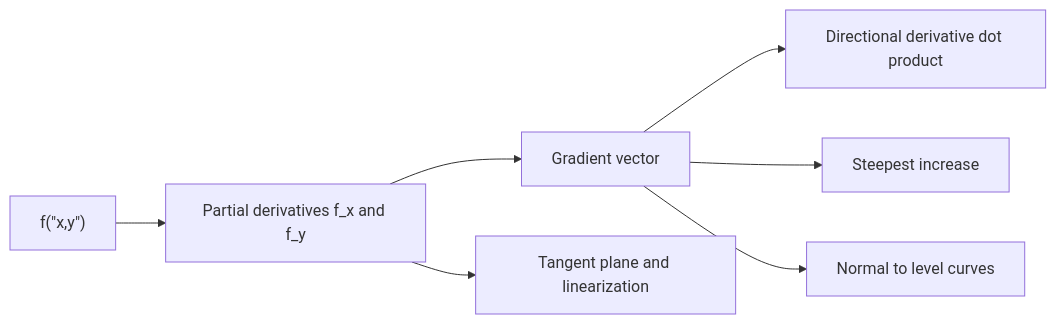
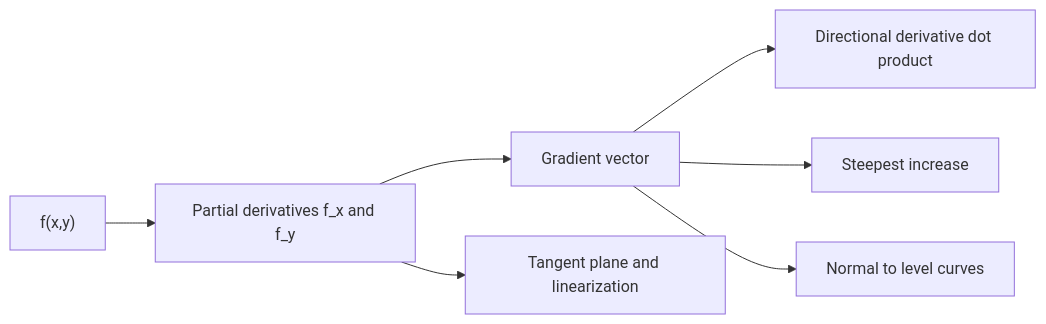
Before and after one commit to justinbrianhwang/SJ-wiki: the diagram in docs/math/calculus/partial-derivatives-and-gradient.md, drawn with Mermaid. The commit also changed 83 other files, not shown here.

Commit message:
Fix Mermaid #quot; artifacts from broken sanitizer + add fix-mermaid-broken-quot.py tool (77 files repaired)

````diff
--- a/docs/math/calculus/partial-derivatives-and-gradient.md
+++ b/docs/math/calculus/partial-derivatives-and-gradient.md
@@ -155,9 +155,9 @@
 ```mermaid
 graph LR
-  A["f(#quot;x,y#quot;)"] --> B[Partial derivatives f_x and f_y]
+  A["f(x,y)"] --> B[Partial derivatives f_x and f_y]
   B --> C[Gradient vector]
   C --> D[Directional derivative dot product]
   C --> E[Steepest increase]
   C --> F[Normal to level curves]
   B --> G[Tangent plane and linearization]
 ```
````
